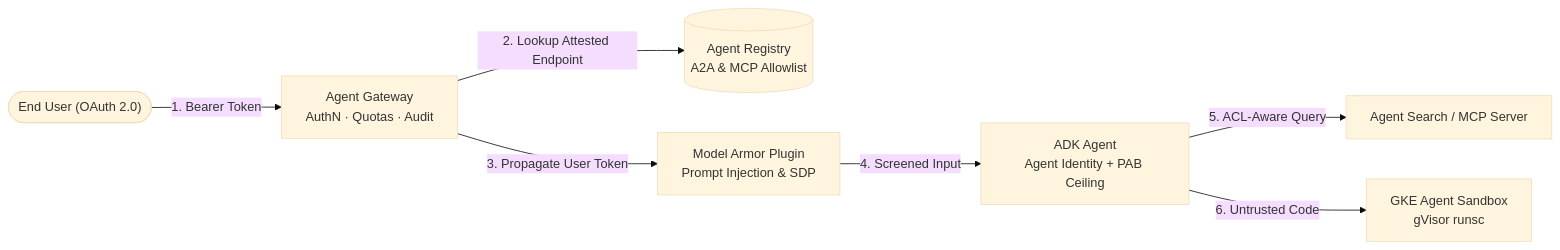
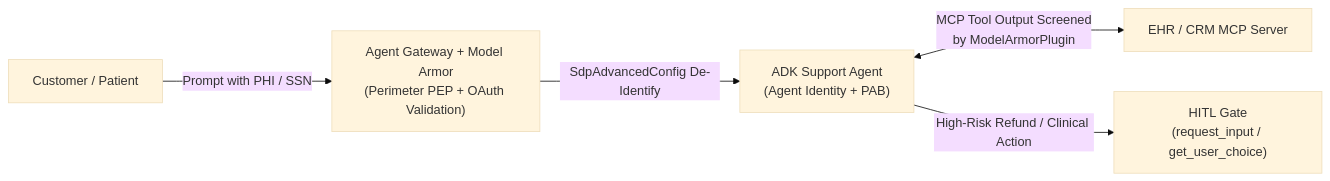
One commit to cmanikandan/gcp-certification-professional-agentic-architect changed the fourth of 4 diagrams in STUDY_GUIDE.md. Above: the diagram before and after it, drawn with Mermaid (base theme). The commit also changed other lines of this file and 78 other files, not shown here.

````diff
--- a/STUDY_GUIDE.md
+++ b/STUDY_GUIDE.md
@@ -189,9 +214,7 @@
 ```mermaid
 flowchart LR
-    User(["End User (OAuth 2.0)"]) -->|"1. Bearer Token"| GW["Agent Gateway<br/>AuthN · Quotas · Audit"]
-    GW -->|"2. Lookup Attested Endpoint"| Reg[("Agent Registry<br/>A2A & MCP Allowlist")]
-    GW -->|"3. Propagate User Token"| MA["Model Armor Plugin<br/>Prompt Injection & SDP"]
-    MA -->|"4. Screened Input"| AG["ADK Agent<br/>Agent Identity + PAB Ceiling"]
-    AG -->|"5. ACL-Aware Query"| Search["Agent Search / MCP Server"]
-    AG -->|"6. Untrusted Code"| SBX["GKE Agent Sandbox<br/>gVisor runsc"]
+    Patient["Customer / Patient"] -->|"Prompt with PHI / SSN"| GW["Agent Gateway + Model Armor<br/>(Perimeter PEP + OAuth Validation)"]
+    GW -->|"SdpAdvancedConfig De-Identify"| Agent["ADK Support Agent<br/>(Agent Identity + PAB)"]
+    Agent <-->|"MCP Tool Output Screened<br/>by ModelArmorPlugin"| MCP["EHR / CRM MCP Server"]
+    Agent -->|"High-Risk Refund / Clinical Action"| HITL["HITL Gate<br/>(request_input / get_user_choice)"]
 ```
````
